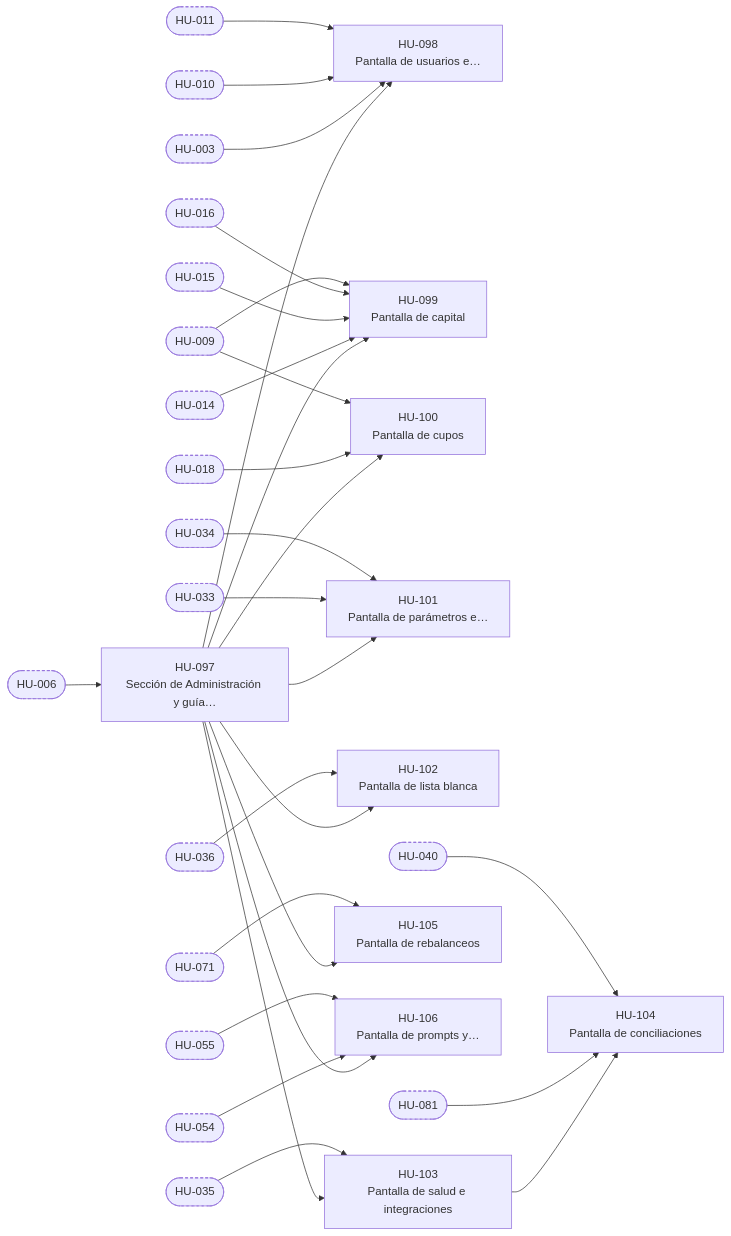
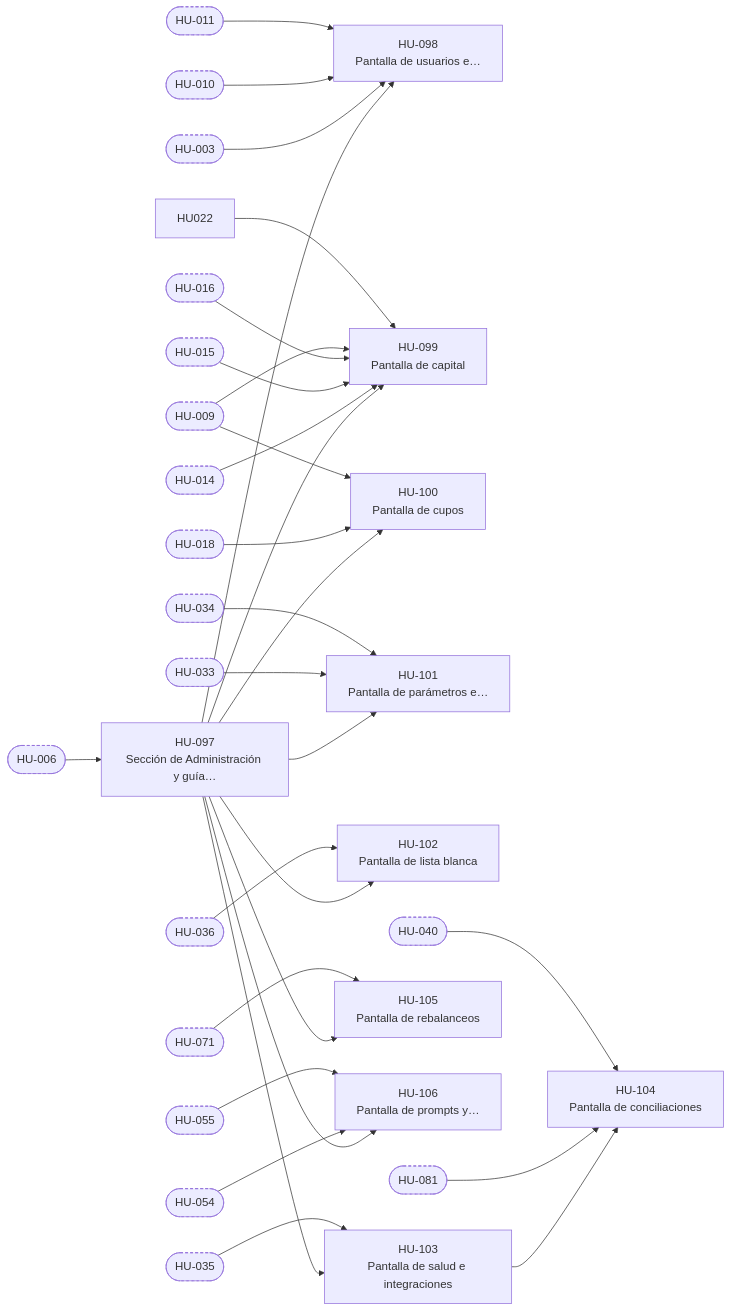
Before and after one commit to riverbonilla1504/NASTOCK: the diagram in backlog/E-11-administracion/README.md, drawn with Mermaid. The commit also changed other lines of this file and 11 other files, not shown here.

````diff
--- a/backlog/E-11-administracion/README.md
+++ b/backlog/E-11-administracion/README.md
@@ -39,60 +39,61 @@
 ```mermaid
 flowchart LR
   HU097["HU-097<br/>Sección de Administración y guía…"]
   HU098["HU-098<br/>Pantalla de usuarios e…"]
   HU099["HU-099<br/>Pantalla de capital"]
   HU100["HU-100<br/>Pantalla de cupos"]
   HU101["HU-101<br/>Pantalla de parámetros e…"]
   HU102["HU-102<br/>Pantalla de lista blanca"]
   HU103["HU-103<br/>Pantalla de salud e integraciones"]
   HU104["HU-104<br/>Pantalla de conciliaciones"]
   HU105["HU-105<br/>Pantalla de rebalanceos"]
   HU106["HU-106<br/>Pantalla de prompts y…"]
   HU006(["HU-006"]):::externa
   HU003(["HU-003"]):::externa
   HU010(["HU-010"]):::externa
   HU011(["HU-011"]):::externa
   HU014(["HU-014"]):::externa
   HU015(["HU-015"]):::externa
   HU016(["HU-016"]):::externa
   HU009(["HU-009"]):::externa
   HU018(["HU-018"]):::externa
   HU033(["HU-033"]):::externa
   HU034(["HU-034"]):::externa
   HU036(["HU-036"]):::externa
   HU035(["HU-035"]):::externa
   HU081(["HU-081"]):::externa
   HU040(["HU-040"]):::externa
   HU071(["HU-071"]):::externa
   HU054(["HU-054"]):::externa
   HU055(["HU-055"]):::externa
   HU006 --> HU097
   HU097 --> HU098
   HU003 --> HU098
   HU010 --> HU098
   HU011 --> HU098
   HU097 --> HU099
   HU014 --> HU099
   HU015 --> HU099
   HU016 --> HU099
   HU009 --> HU099
+  HU022 --> HU099
   HU097 --> HU100
   HU018 --> HU100
   HU009 --> HU100
   HU097 --> HU101
   HU033 --> HU101
   HU034 --> HU101
   HU097 --> HU102
   HU036 --> HU102
   HU097 --> HU103
   HU035 --> HU103
   HU103 --> HU104
   HU081 --> HU104
   HU040 --> HU104
   HU097 --> HU105
   HU071 --> HU105
   HU097 --> HU106
   HU054 --> HU106
   HU055 --> HU106
   classDef externa stroke-dasharray: 4 3
 ```
````
